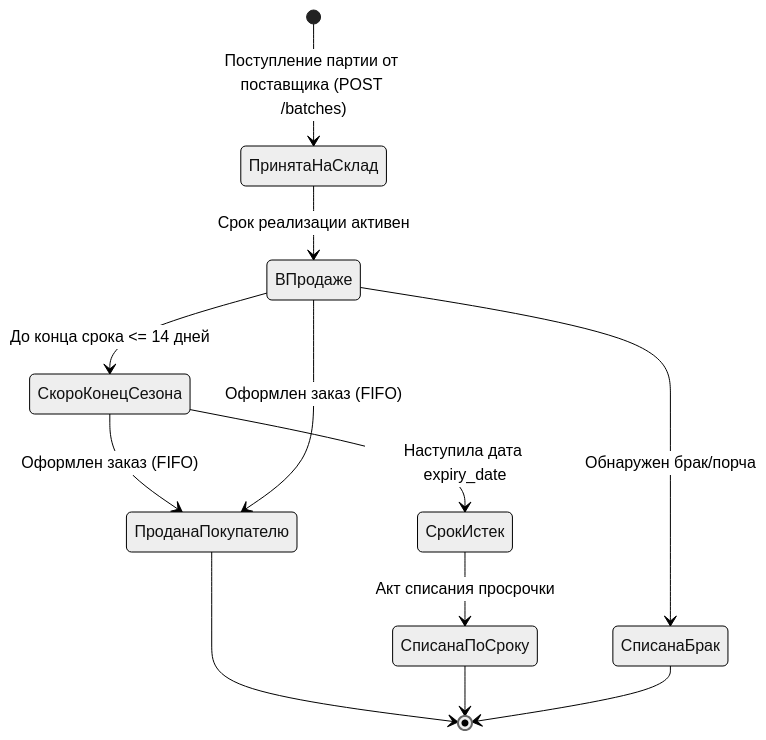
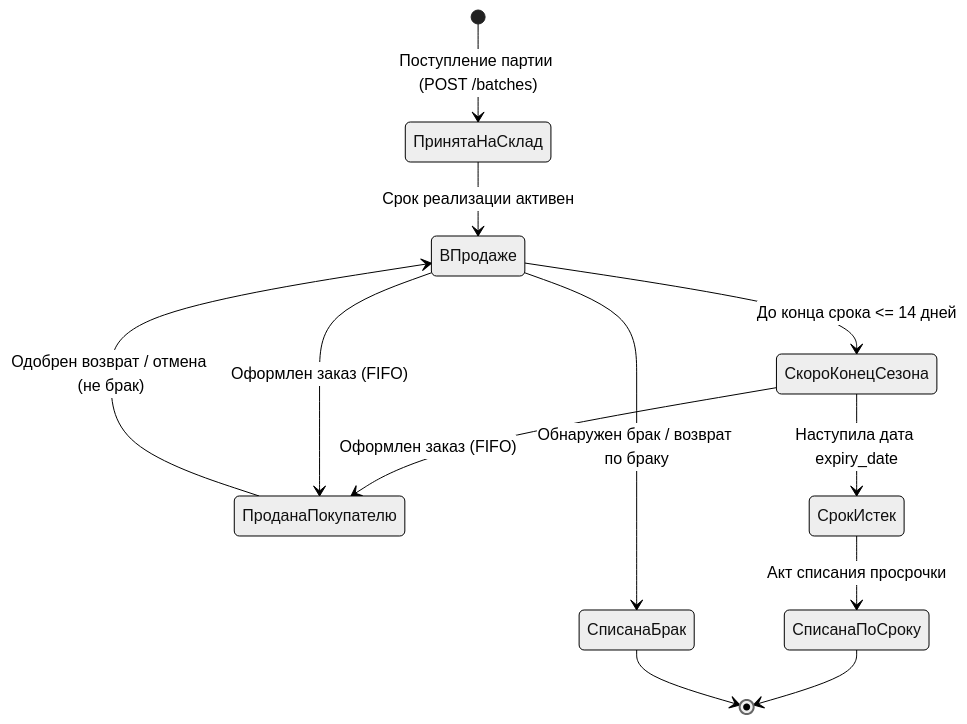
The third of 3 diagrams in docs/BUSINESS_REQUIREMENTS.md (anya-gor/project2026), drawn with Mermaid (neutral theme) before and after one commit. The commit also changed other lines of this file and 2 other files, not shown here.

Commit message:
Docs: align with payment statuses, returns/refunds, personal favorites, MySQL schema and MONROE boutique context

````diff
--- a/docs/BUSINESS_REQUIREMENTS.md
+++ b/docs/BUSINESS_REQUIREMENTS.md
@@ -94,14 +162,14 @@
 ```mermaid
 stateDiagram-v2
-    [*] --> ПринятаНаСклад : Поступление партии от поставщика (POST /batches)
+    [*] --> ПринятаНаСклад : Поступление партии (POST /batches)
     ПринятаНаСклад --> ВПродаже : Срок реализации активен
     ВПродаже --> СкороКонецСезона : До конца срока <= 14 дней
     СкороКонецСезона --> ПроданаПокупателю : Оформлен заказ (FIFO)
     ВПродаже --> ПроданаПокупателю : Оформлен заказ (FIFO)
+    ПроданаПокупателю --> ВПродаже : Одобрен возврат / отмена (не брак)
     СкороКонецСезона --> СрокИстек : Наступила дата expiry_date
     СрокИстек --> СписанаПоСроку : Акт списания просрочки
-    ВПродаже --> СписанаБрак : Обнаружен брак/порча
-    ПроданаПокупателю --> [*]
+    ВПродаже --> СписанаБрак : Обнаружен брак / возврат по браку
     СписанаПоСроку --> [*]
     СписанаБрак --> [*]
 ```
````
